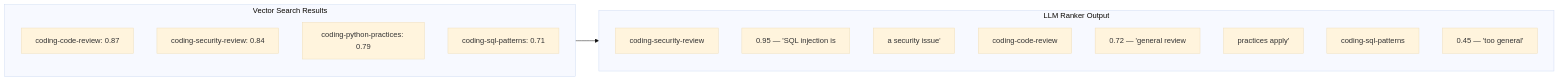
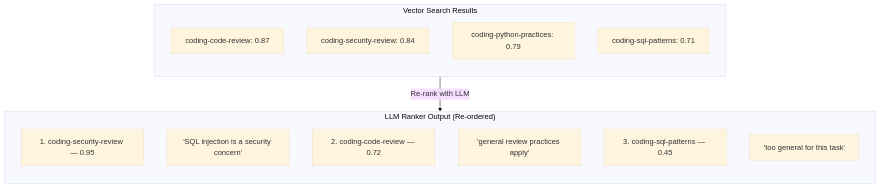
One commit to paulpas/agent-skill-router changed the sixth of 10 diagrams in docs/skill-evolution.md. Above: the diagram before and after it, drawn with Mermaid (base theme). The commit also changed other lines of this file, not shown here.

Commit message:
fix: redesign 3 Mermaid diagrams for browser fit (LLM ranker, multi-tier loading, evolution)

````diff
--- a/docs/skill-evolution.md
+++ b/docs/skill-evolution.md
@@ -305,24 +305,22 @@
 ```mermaid
-flowchart LR
+flowchart TD
     subgraph Vector["Vector Search Results"]
         direction TB
         V1["coding-code-review: 0.87"]
         V2["coding-security-review: 0.84"]
         V3["coding-python-practices: 0.79"]
         V4["coding-sql-patterns: 0.71"]
     end
-    
-    subgraph ReRank["LLM Ranker Output"]
+
+    Vector -->|"Re-rank with LLM"| ReRank
+
+    subgraph ReRank["LLM Ranker Output (Re-ordered)"]
         direction TB
-        R1["coding-security-review"]
-        R2["0.95 — 'SQL injection is"]
-        R3["a security issue'"]
-        R4["coding-code-review"]
-        R5["0.72 — 'general review"]
-        R6["practices apply'"]
-        R7["coding-sql-patterns"]
-        R8["0.45 — 'too general'"]
+        R1["1. coding-security-review — 0.95"]
+        R2["    'SQL injection is a security concern'"]
+        R3["2. coding-code-review — 0.72"]
+        R4["    'general review practices apply'"]
+        R5["3. coding-sql-patterns — 0.45"]
+        R6["    'too general for this task'"]
     end
-    
-    Vector --> ReRank
 ```
````
